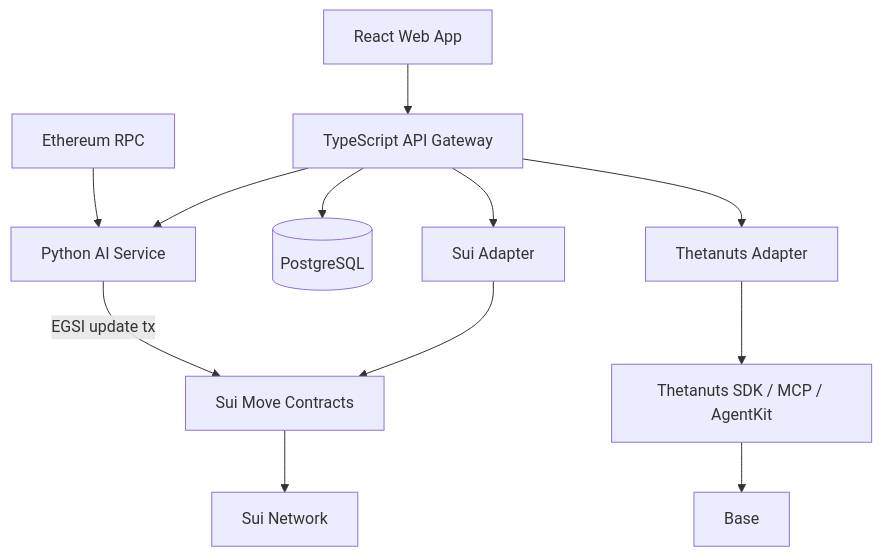
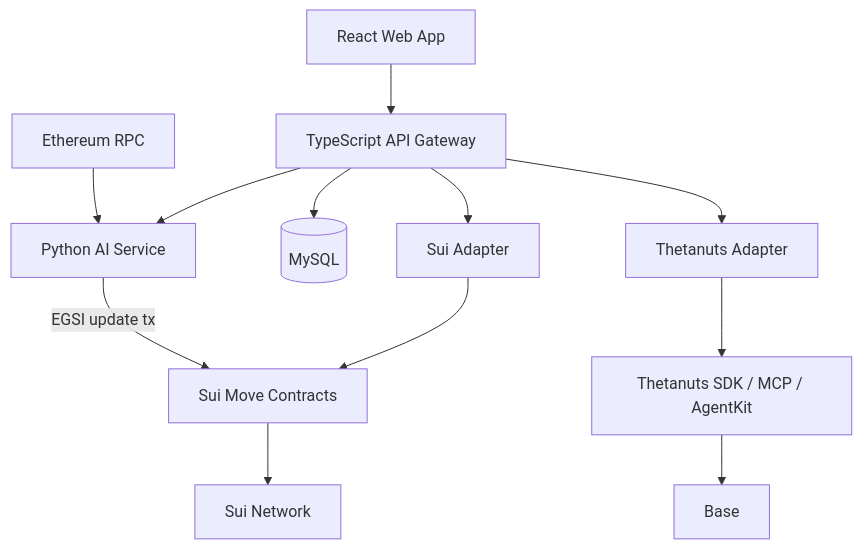
One commit to zishaan1911/BlockSpace-Securities-Exchange changed the first of 3 diagrams in ARCHITECTURE.md. Above: the diagram before and after it, drawn with Mermaid. The commit also changed other lines of this file and 17 other files, not shown here.

````diff
--- a/ARCHITECTURE.md
+++ b/ARCHITECTURE.md
@@ -11,16 +11,16 @@
 ```mermaid
 flowchart TB
     FE[React Web App] --> API[TypeScript API Gateway]
     API --> AI[Python AI Service]
-    API --> DB[(PostgreSQL)]
+    API --> DB[(MySQL)]
     API --> SUIAD[Sui Adapter]
     SUIAD --> MOVE[Sui Move Contracts]
     MOVE --> SUI[Sui Network]
 
     ETH[Ethereum RPC] --> AI
     AI -->|EGSI update tx| MOVE
 
     API --> TN[Thetanuts Adapter]
     TN --> SDK[Thetanuts SDK / MCP / AgentKit]
     SDK --> BASE[Base]
 ```
````
